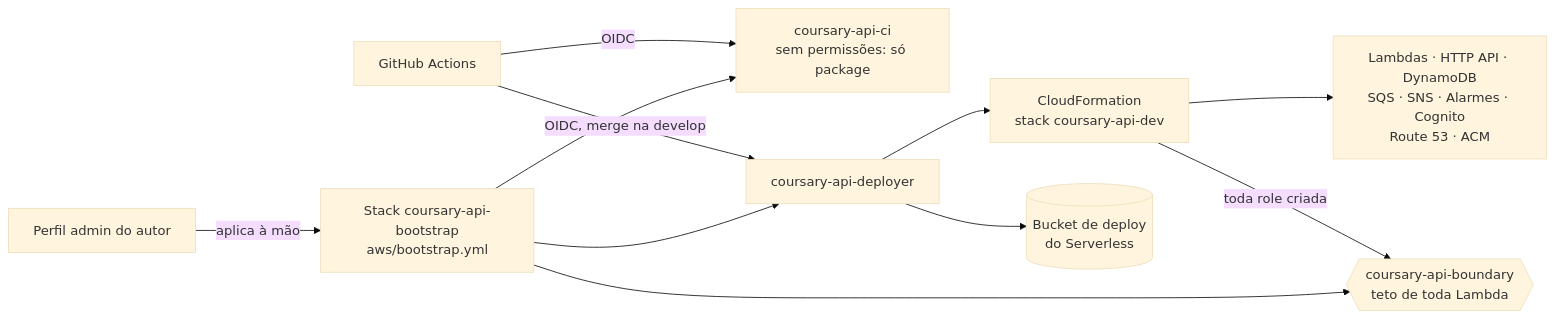
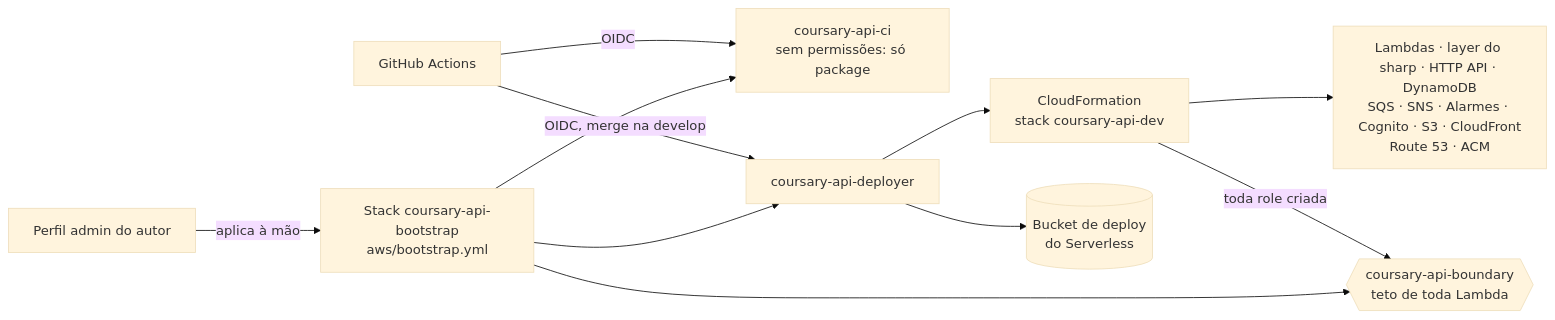
Before and after one commit to joaosoarees/coursary-api: the third of 3 diagrams in docs/system-design.md, drawn with Mermaid (base theme). The commit also changed other lines of this file, not shown here.

Commit message:
docs: add the buckets, the CDN, the uploads queue and the avatar flow to the system design

````diff
--- a/docs/system-design.md
+++ b/docs/system-design.md
@@ -139,11 +158,11 @@
 ```mermaid
 flowchart LR
   gh[GitHub Actions] -->|OIDC| ci[coursary-api-ci<br/>sem permissões: só package]
   gh -->|OIDC, merge na develop| dep[coursary-api-deployer]
   dep --> cfn[CloudFormation<br/>stack coursary-api-dev]
   dep --> bucket[(Bucket de deploy<br/>do Serverless)]
-  cfn --> res[Lambdas · HTTP API · DynamoDB<br/>SQS · SNS · Alarmes · Cognito<br/>Route 53 · ACM]
+  cfn --> res[Lambdas · layer do sharp · HTTP API · DynamoDB<br/>SQS · SNS · Alarmes · Cognito · S3 · CloudFront<br/>Route 53 · ACM]
   cfn -->|toda role criada| boundary{{coursary-api-boundary<br/>teto de toda Lambda}}
   admin[Perfil admin do autor] -->|aplica à mão| boot[Stack coursary-api-bootstrap<br/>aws/bootstrap.yml]
   boot --> ci & dep & boundary
 ```
````
